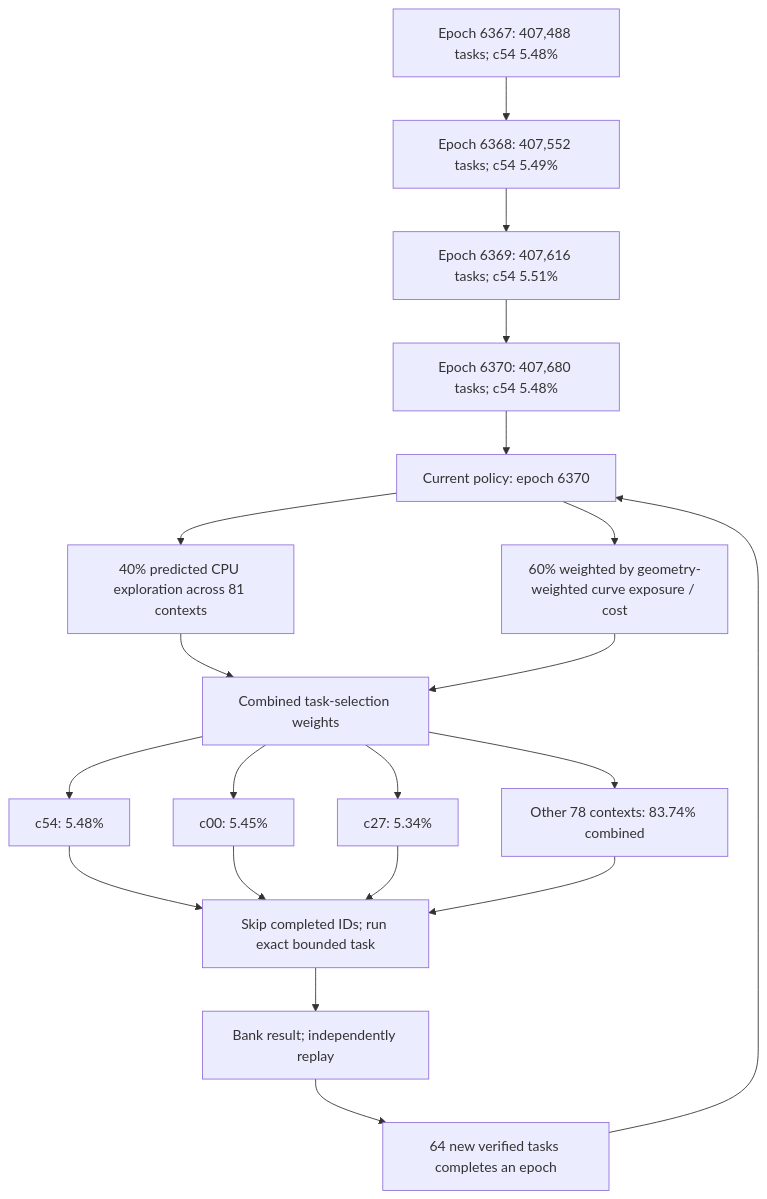
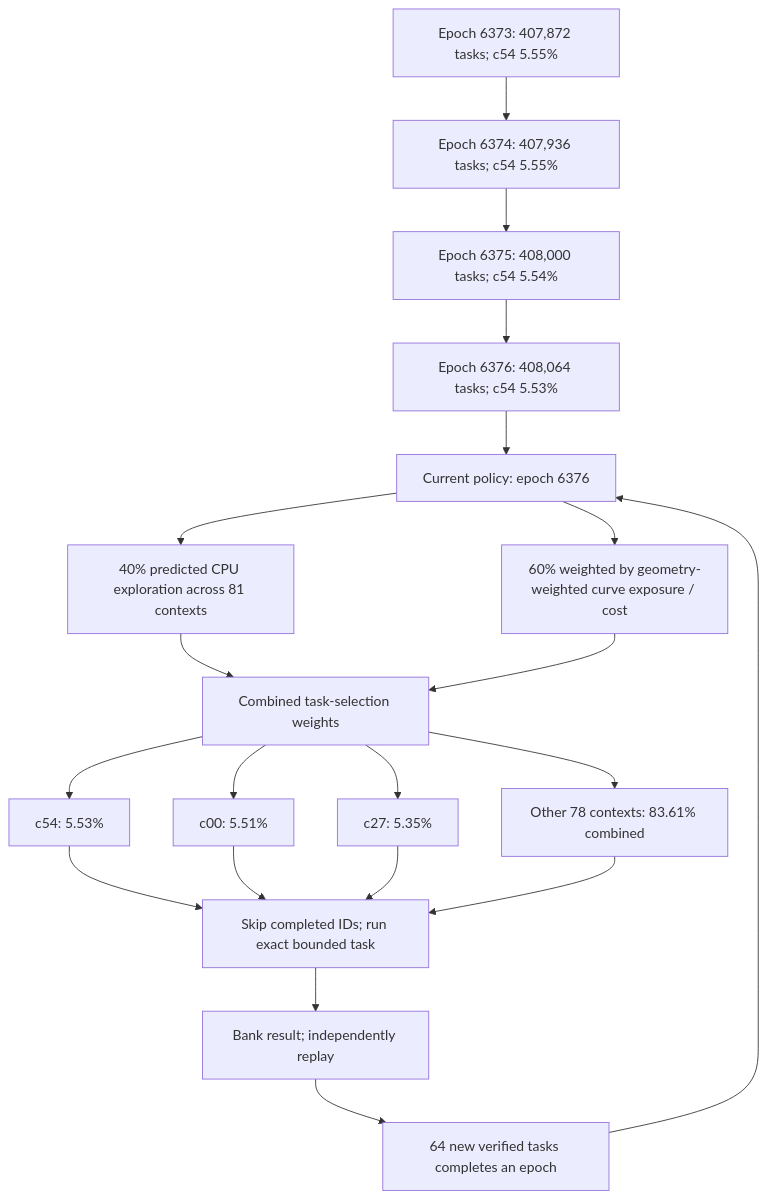
One commit to Kuberwastaken/math-gambling changed the first of 4 diagrams in README.md. Above: the diagram before and after it, drawn with Mermaid. The commit also changed other lines of this file and 970 other files, not shown here.

````diff
--- a/README.md
+++ b/README.md
@@ -60,27 +60,27 @@
 ```mermaid
 flowchart TD
-    H0["Epoch 6367: 407,488 tasks; c54 5.48%"]
-    H1["Epoch 6368: 407,552 tasks; c54 5.49%"]
+    H0["Epoch 6373: 407,872 tasks; c54 5.55%"]
+    H1["Epoch 6374: 407,936 tasks; c54 5.55%"]
     H0 --> H1
-    H2["Epoch 6369: 407,616 tasks; c54 5.51%"]
+    H2["Epoch 6375: 408,000 tasks; c54 5.54%"]
     H1 --> H2
-    H3["Epoch 6370: 407,680 tasks; c54 5.48%"]
+    H3["Epoch 6376: 408,064 tasks; c54 5.53%"]
     H2 --> H3
-    Policy["Current policy: epoch 6370"]
+    Policy["Current policy: epoch 6376"]
     H3 --> Policy
     Policy --> Explore["40% predicted CPU exploration across 81 contexts"]
     Policy --> Cost["60% weighted by geometry-weighted curve exposure / cost"]
     Explore --> Mix["Combined task-selection weights"]
     Cost --> Mix
-    Mix --> C0["c54: 5.48%"]
-    Mix --> C1["c00: 5.45%"]
-    Mix --> C2["c27: 5.34%"]
-    Mix --> Rest["Other 78 contexts: 83.74% combined"]
+    Mix --> C0["c54: 5.53%"]
+    Mix --> C1["c00: 5.51%"]
+    Mix --> C2["c27: 5.35%"]
+    Mix --> Rest["Other 78 contexts: 83.61% combined"]
     C0 --> Check["Skip completed IDs; run exact bounded task"]
     C1 --> Check
     C2 --> Check
     Rest --> Check
     Check --> Replay["Bank result; independently replay"]
     Replay --> Gate["64 new verified tasks completes an epoch"]
     Gate --> Policy
 ```
````
